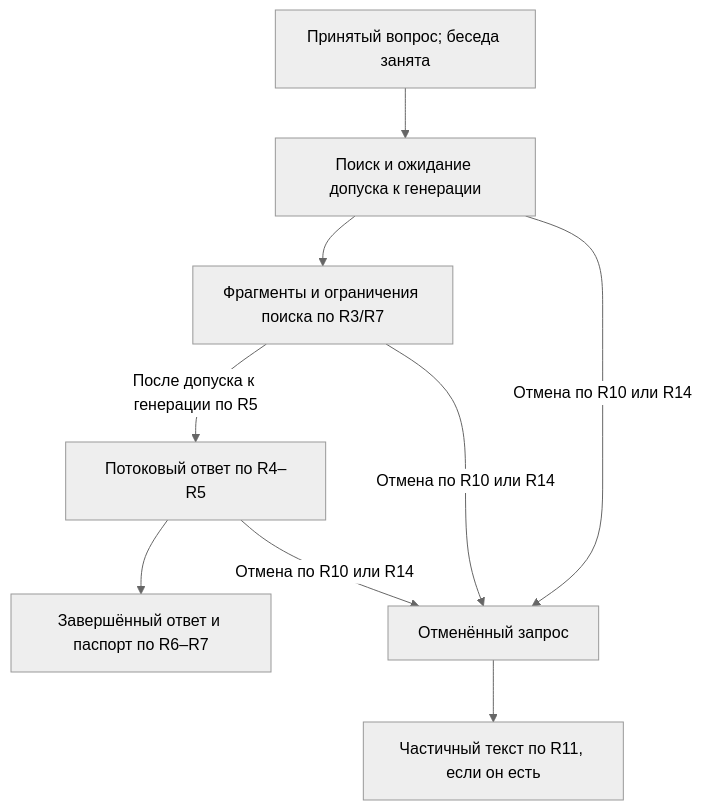
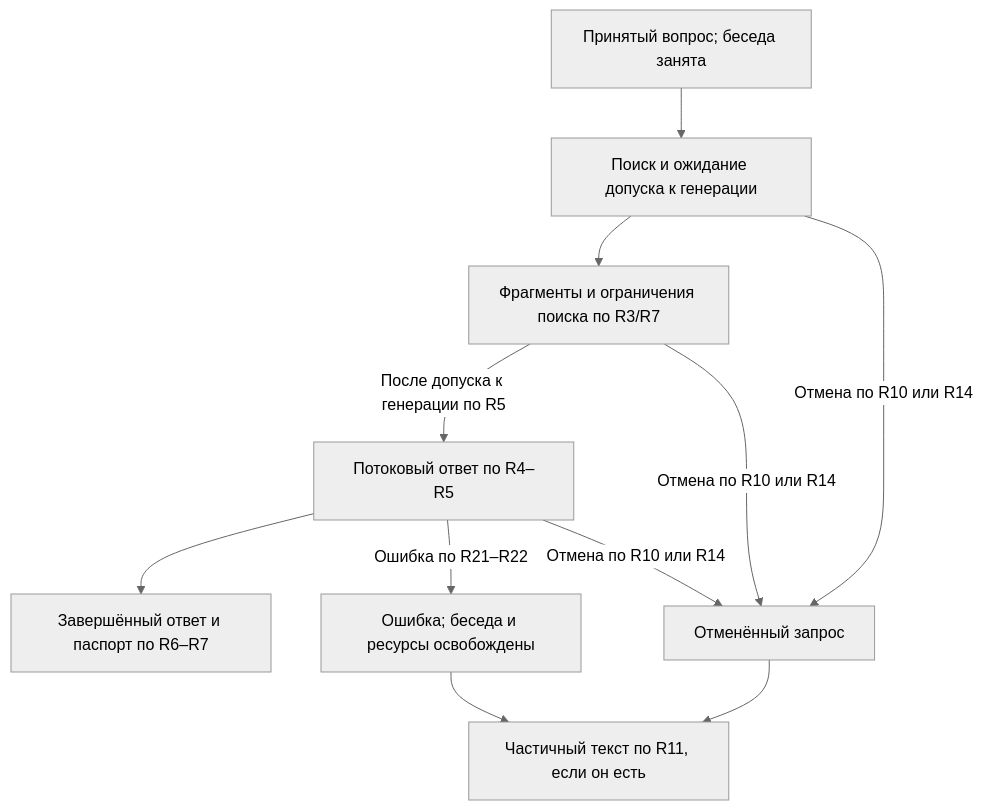
One commit to OctaDim/Multi_User_RAG_Assist_System changed the first of 2 diagrams in harness/project/docs/plans/2026-10-13-0244-feat-rag-answer-lifecycle-plan.md. Above: the diagram before and after it, drawn with Mermaid (neutral theme). The commit also changed other lines of this file and 2 other files, not shown here.

Commit message:
docs(rag): preserve partial answers on generation failure

````diff
--- a/harness/project/docs/plans/2026-10-13-0244-feat-rag-answer-lifecycle-plan.md
+++ b/harness/project/docs/plans/2026-10-13-0244-feat-rag-answer-lifecycle-plan.md
@@ -97,11 +104,13 @@
 ```mermaid
 flowchart TB
     accepted["Принятый вопрос; беседа занята"] --> waiting["Поиск и ожидание допуска к генерации"]
     waiting --> fragments["Фрагменты и ограничения поиска по R3/R7"]
     fragments -->|"После допуска к генерации по R5"| generating["Потоковый ответ по R4–R5"]
     generating --> complete["Завершённый ответ и паспорт по R6–R7"]
     waiting -->|"Отмена по R10 или R14"| cancelled["Отменённый запрос"]
     fragments -->|"Отмена по R10 или R14"| cancelled
     generating -->|"Отмена по R10 или R14"| cancelled
     cancelled --> partial["Частичный текст по R11, если он есть"]
+    generating -->|"Ошибка по R21–R22"| failed["Ошибка; беседа и ресурсы освобождены"]
+    failed --> partial
 ```
````
